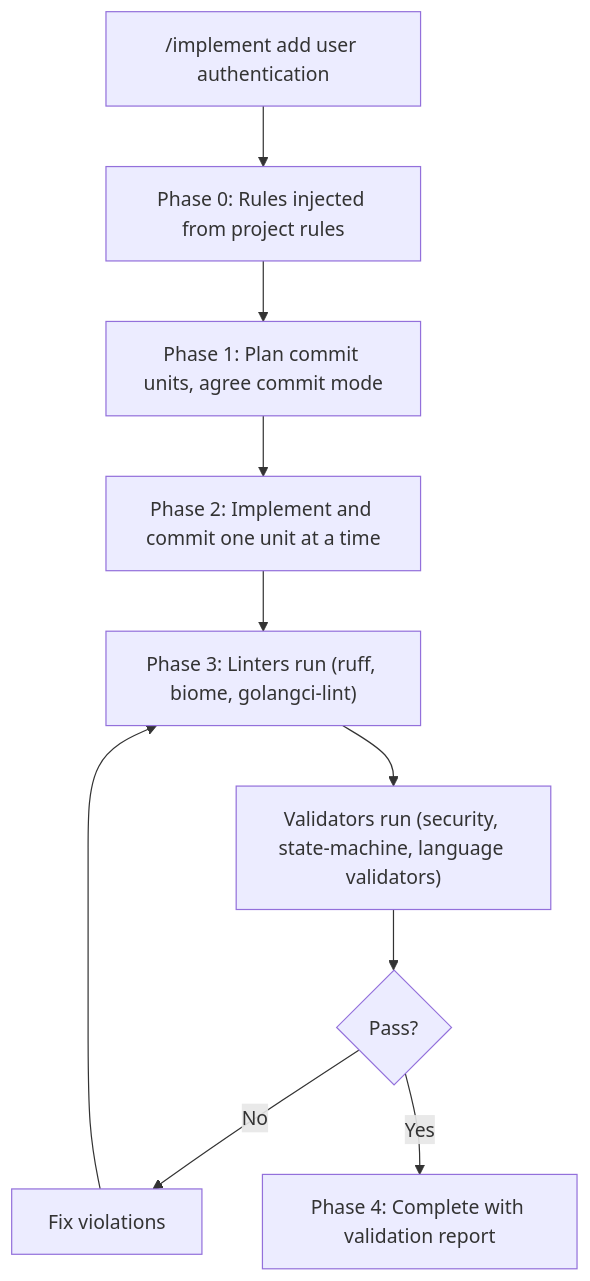
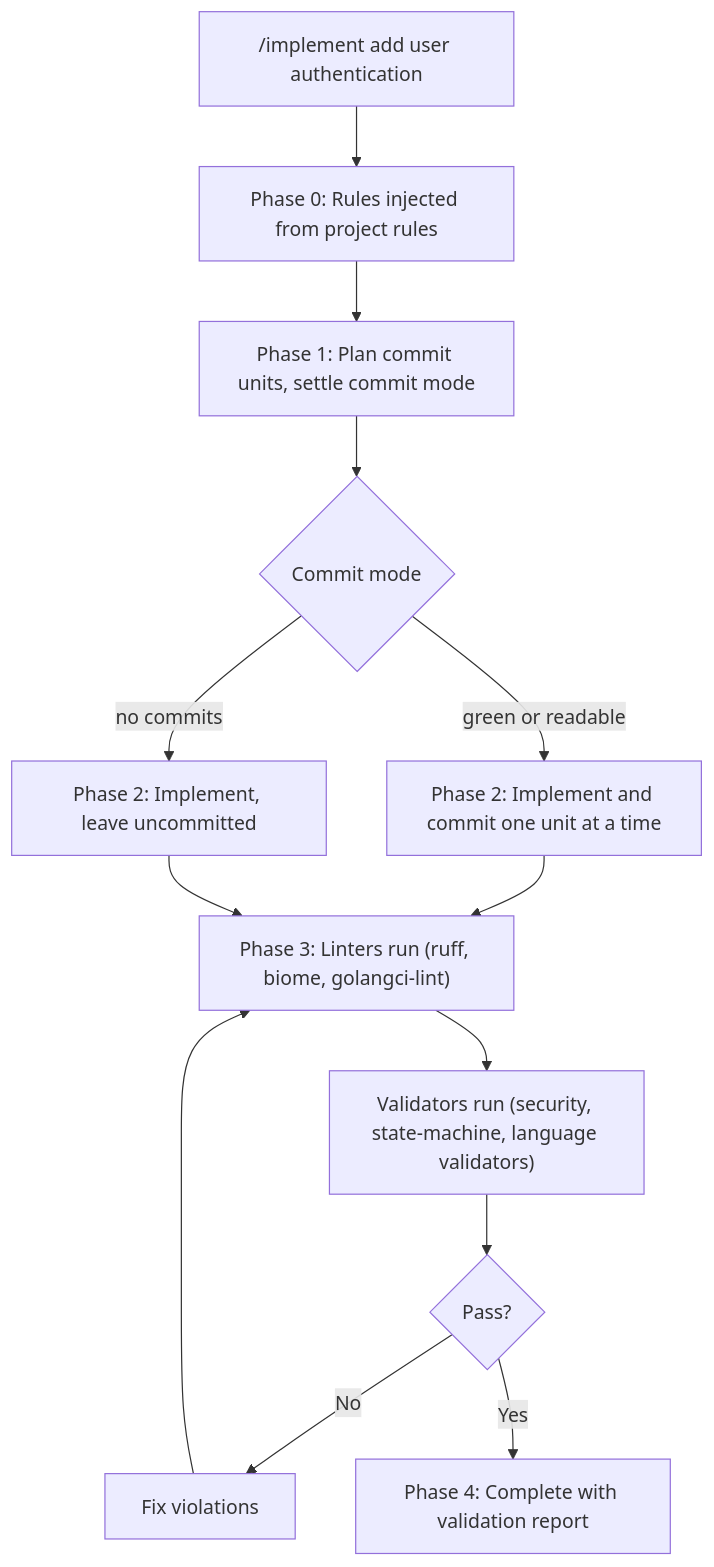
Before and after one commit to peteski22/agent-pragma: the second of 2 diagrams in README.md, drawn with Mermaid. The commit also changed other lines of this file and 1 other file, not shown here.

Commit message:
docs: show the commit mode decision and both Phase 2 branches
The diagrams modelled Phase 2 as always committing, so the no-commits
path was undocumented, and the canonical Aggregated Output block omitted
the two commit fields the earlier example carried. A tooling author
copying the canonical block would miss them.

Add the mode decision and both branches to each pipeline diagram, add
the commit fields to the canonical block and the Phase 4 output nodes,
and say that the commit fields belong to implement rather than review.

````diff
--- a/README.md
+++ b/README.md
@@ -211,12 +214,15 @@
 ```mermaid
 flowchart TD
     A["/implement add user authentication"] --> B["Phase 0: Rules injected from project rules"]
-    B --> C["Phase 1: Plan commit units, agree commit mode"]
-    C --> C2["Phase 2: Implement and commit one unit at a time"]
+    B --> C["Phase 1: Plan commit units, settle commit mode"]
+    C --> CM{"Commit mode"}
+    CM -->|"green or readable"| C2["Phase 2: Implement and commit one unit at a time"]
+    CM -->|"no commits"| C3["Phase 2: Implement, leave uncommitted"]
     C2 --> D["Phase 3: Linters run (ruff, biome, golangci-lint)"]
+    C3 --> D
     D --> E["Validators run (security, state-machine, language validators)"]
     E --> F{Pass?}
     F -->|No| G["Fix violations"]
     G --> D
     F -->|Yes| H["Phase 4: Complete with validation report"]
 ```
````
